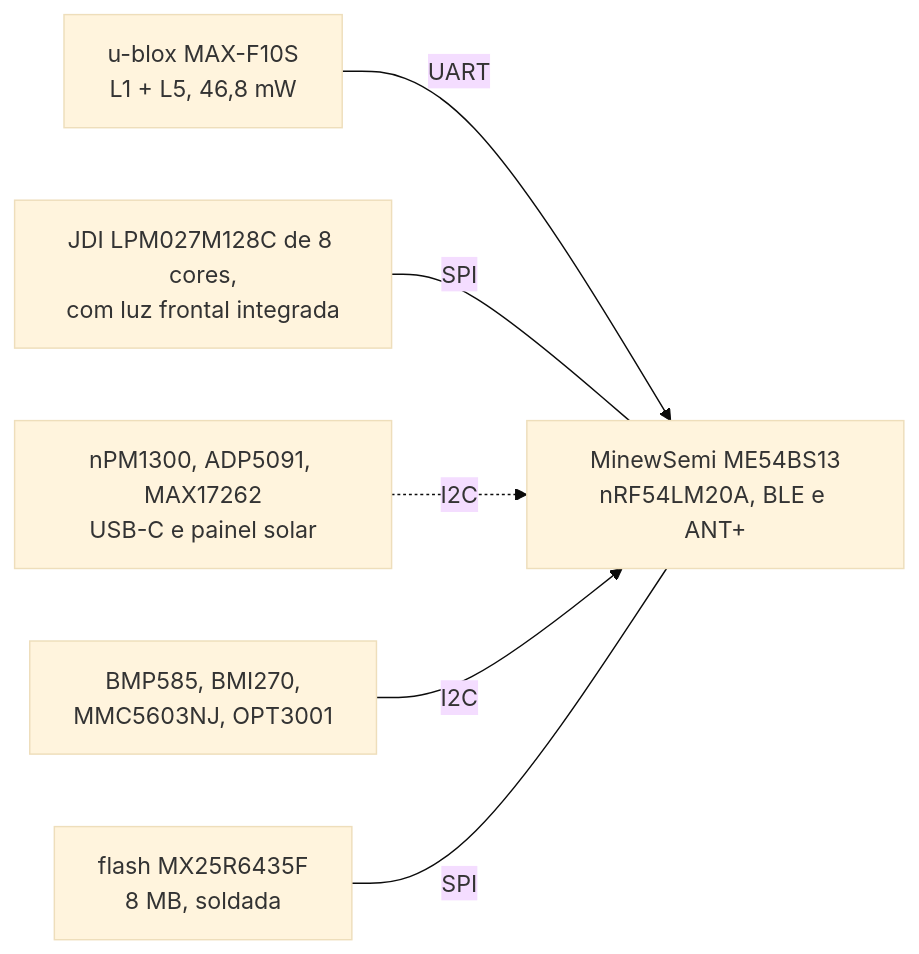
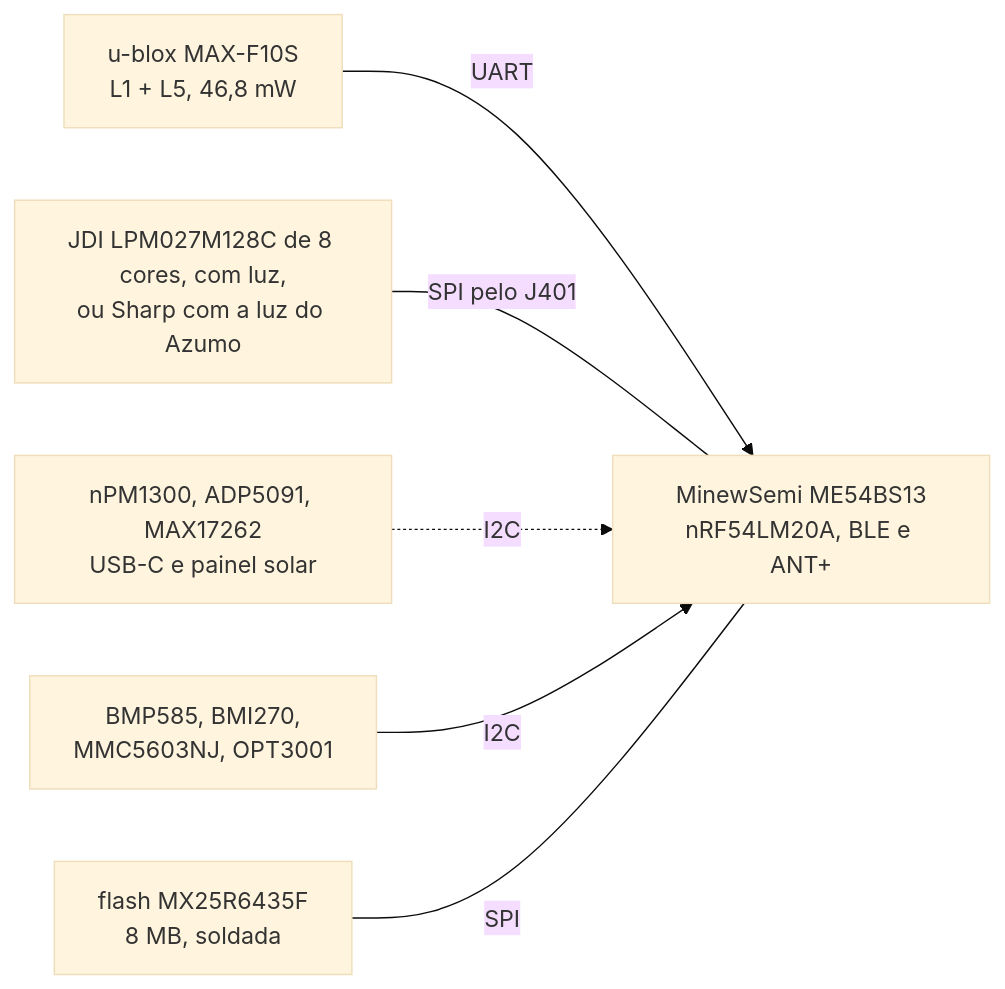
The second of 3 diagrams in README.md (Guiimartinho/gnss-bike-computer), drawn with Mermaid (base theme) before and after one commit. The commit also changed other lines of this file and 19 other files, not shown here.

````diff
--- a/README.md
+++ b/README.md
@@ -83,9 +92,9 @@
 ```mermaid
 flowchart LR
     MCU["MinewSemi ME54BS13<br/>nRF54LM20A, BLE e ANT+"]
     GNSS2["u-blox MAX-F10S<br/>L1 + L5, 46,8 mW"] -->|UART| MCU
-    LCD2["JDI LPM027M128C de 8 cores,<br/>com luz frontal integrada"] ---|SPI| MCU
+    LCD2["JDI LPM027M128C de 8 cores, com luz,<br/>ou Sharp com a luz do Azumo"] ---|"SPI pelo J401"| MCU
     PWR["nPM1300, ADP5091, MAX17262<br/>USB-C e painel solar"] -.->|I2C| MCU
     SENS2["BMP585, BMI270,<br/>MMC5603NJ, OPT3001"] -->|I2C| MCU
     MEM["flash MX25R6435F<br/>8 MB, soldada"] ---|SPI| MCU
 ```
````
